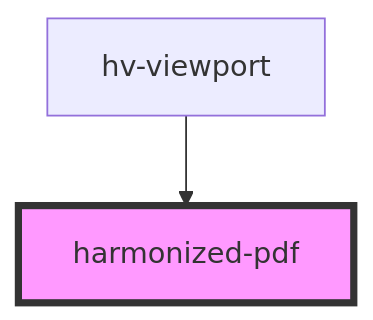
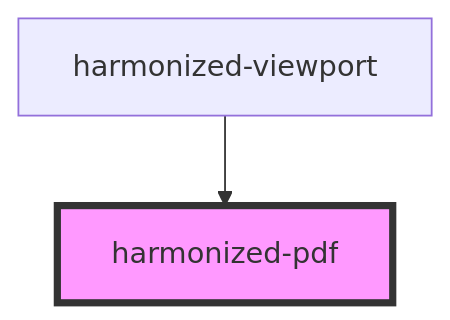
The diagram in src/components/pdf/readme.md (bac-lac/lac-harmonized-viewer), drawn with Mermaid before and after one commit. The commit also changed other lines of this file and 19 other files, not shown here.

````diff
--- a/src/components/pdf/readme.md
+++ b/src/components/pdf/readme.md
@@ -15,5 +15,5 @@
 ```mermaid
 graph TD;
-  hv-viewport --> harmonized-pdf
+  harmonized-viewport --> harmonized-pdf
   style harmonized-pdf fill:#f9f,stroke:#333,stroke-width:4px
 ```
````
